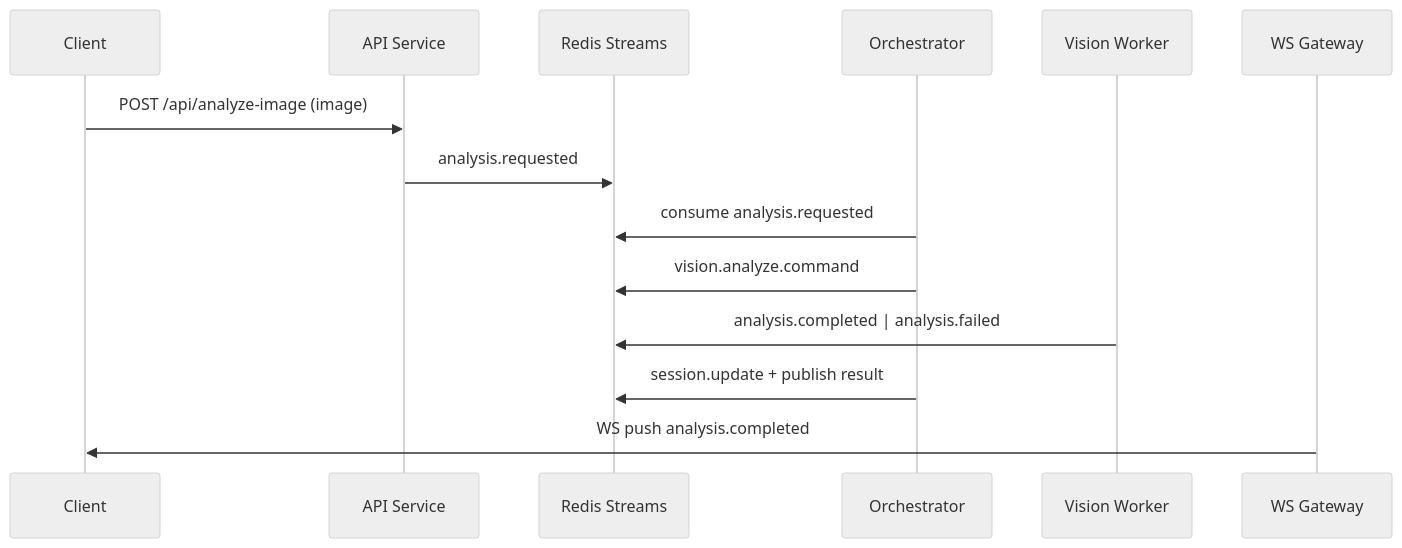
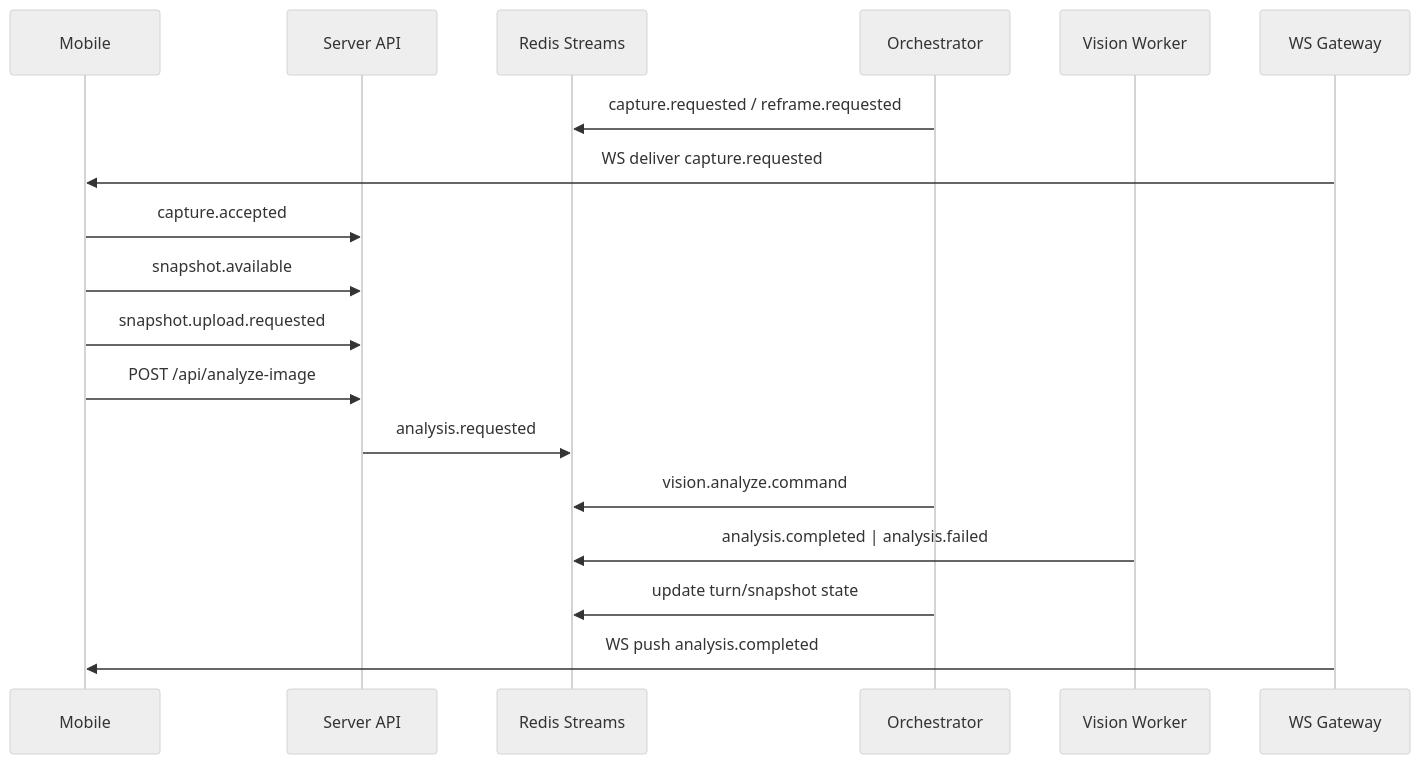
Before and after one commit to VasyaLutiy/GardenAI: the second of 3 diagrams in Plan.md, drawn with Mermaid (neutral theme). The commit also changed other lines of this file and 7 other files, not shown here.

````diff
--- a/Plan.md
+++ b/Plan.md
@@ -156,17 +160,21 @@
 ```mermaid
 sequenceDiagram
-    participant C as Client
-    participant A as API Service
+    participant M as Mobile
+    participant A as Server API
     participant R as Redis Streams
     participant O as Orchestrator
     participant V as Vision Worker
     participant W as WS Gateway
 
-    C->>A: POST /api/analyze-image (image)
+    O->>R: capture.requested / reframe.requested
+    W->>M: WS deliver capture.requested
+    M->>A: capture.accepted
+    M->>A: snapshot.available
+    M->>A: snapshot.upload.requested
+    M->>A: POST /api/analyze-image
     A->>R: analysis.requested
-    O->>R: consume analysis.requested
     O->>R: vision.analyze.command
     V->>R: analysis.completed | analysis.failed
-    O->>R: session.update + publish result
-    W->>C: WS push analysis.completed
+    O->>R: update turn/snapshot state
+    W->>M: WS push analysis.completed
 ```
````
